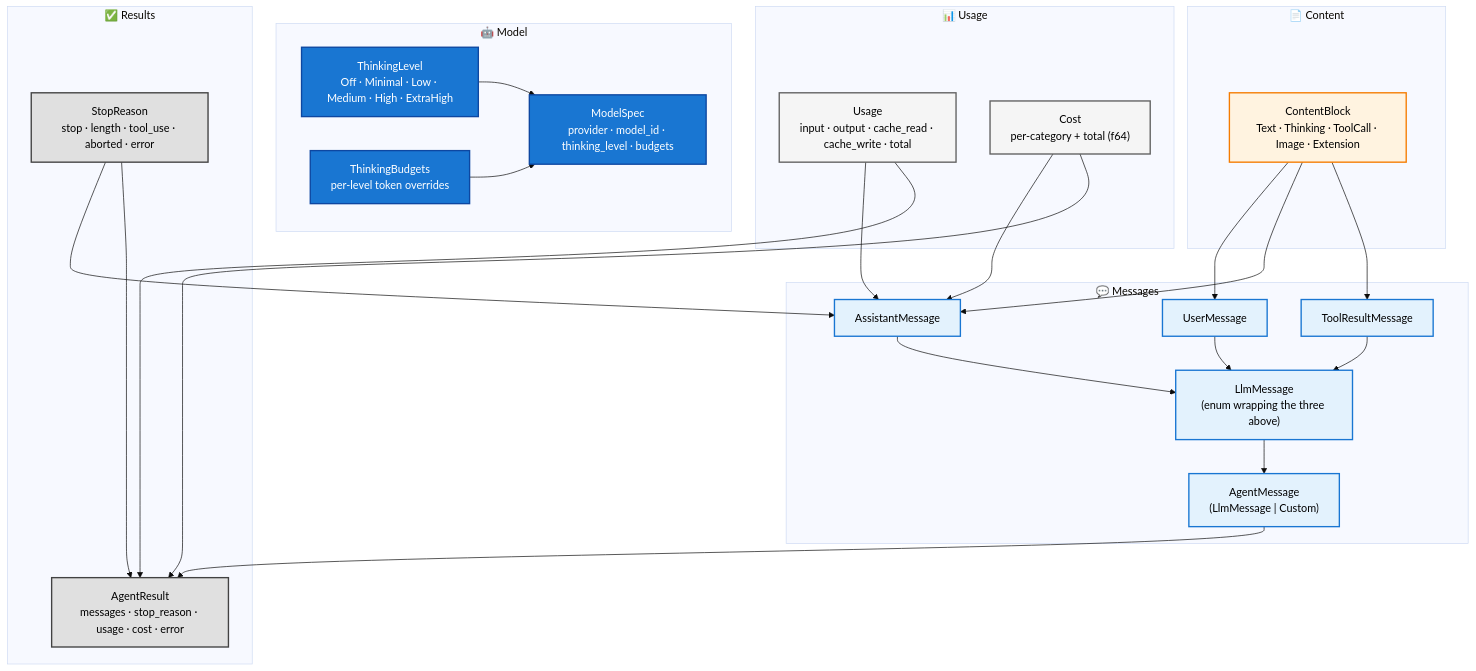
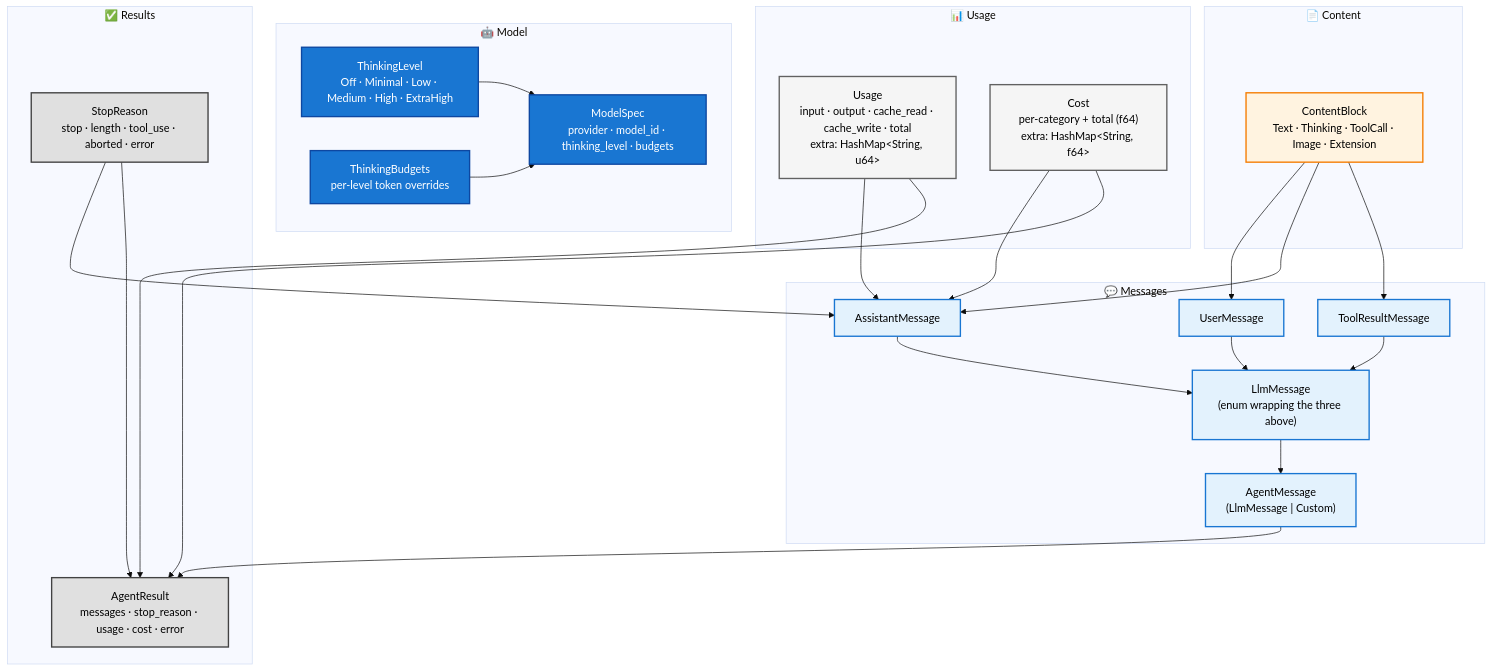
Before and after one commit to SuperSwinkAI/Swink-Agent: the first of 4 diagrams in docs/architecture/data-model/README.md, drawn with Mermaid (base theme). The commit also changed other lines of this file and 82 other files, not shown here.

````diff
--- a/docs/architecture/data-model/README.md
+++ b/docs/architecture/data-model/README.md
@@ -14,59 +14,59 @@
 ```mermaid
 flowchart TB
     subgraph ContentLayer["📄 Content"]
         ContentBlock["ContentBlock<br/>Text · Thinking · ToolCall · Image · Extension"]
     end
 
     subgraph MessageLayer["💬 Messages"]
         UserMessage["UserMessage"]
         AssistantMessage["AssistantMessage"]
         ToolResultMessage["ToolResultMessage"]
         LlmMessage["LlmMessage<br/>(enum wrapping the three above)"]
         AgentMessage["AgentMessage<br/>(LlmMessage | Custom)"]
     end
 
     subgraph ModelLayer["🤖 Model"]
         ModelSpec["ModelSpec<br/>provider · model_id · thinking_level · budgets"]
         ThinkingLevel["ThinkingLevel<br/>Off · Minimal · Low · Medium · High · ExtraHigh"]
         ThinkingBudgets["ThinkingBudgets<br/>per-level token overrides"]
     end
 
     subgraph UsageLayer["📊 Usage"]
-        Usage["Usage<br/>input · output · cache_read · cache_write · total"]
-        Cost["Cost<br/>per-category + total (f64)"]
+        Usage["Usage<br/>input · output · cache_read · cache_write · total<br/>extra: HashMap&lt;String, u64&gt;"]
+        Cost["Cost<br/>per-category + total (f64)<br/>extra: HashMap&lt;String, f64&gt;"]
     end
 
     subgraph ResultLayer["✅ Results"]
         AgentResult["AgentResult<br/>messages · stop_reason · usage · cost · error"]
         StopReason["StopReason<br/>stop · length · tool_use · aborted · error"]
     end
 
     ContentBlock --> UserMessage
     ContentBlock --> AssistantMessage
     ContentBlock --> ToolResultMessage
     UserMessage --> LlmMessage
     AssistantMessage --> LlmMessage
     ToolResultMessage --> LlmMessage
     LlmMessage --> AgentMessage
     Usage --> AssistantMessage
     Cost --> AssistantMessage
     Cost --> AgentResult
     StopReason --> AssistantMessage
     StopReason --> AgentResult
     Usage --> AgentResult
     AgentMessage --> AgentResult
     ThinkingLevel --> ModelSpec
     ThinkingBudgets --> ModelSpec
 
     classDef contentStyle fill:#fff3e0,stroke:#f57c00,stroke-width:2px,color:#000
     classDef messageStyle fill:#e3f2fd,stroke:#1976d2,stroke-width:2px,color:#000
     classDef modelStyle fill:#1976d2,stroke:#0d47a1,stroke-width:2px,color:#fff
     classDef usageStyle fill:#f5f5f5,stroke:#616161,stroke-width:2px,color:#000
     classDef resultStyle fill:#e0e0e0,stroke:#424242,stroke-width:2px,color:#000
 
     class ContentBlock contentStyle
     class UserMessage,AssistantMessage,ToolResultMessage,LlmMessage,AgentMessage messageStyle
     class ModelSpec,ThinkingLevel,ThinkingBudgets modelStyle
     class Usage,Cost usageStyle
     class AgentResult,StopReason resultStyle
 ```
````
